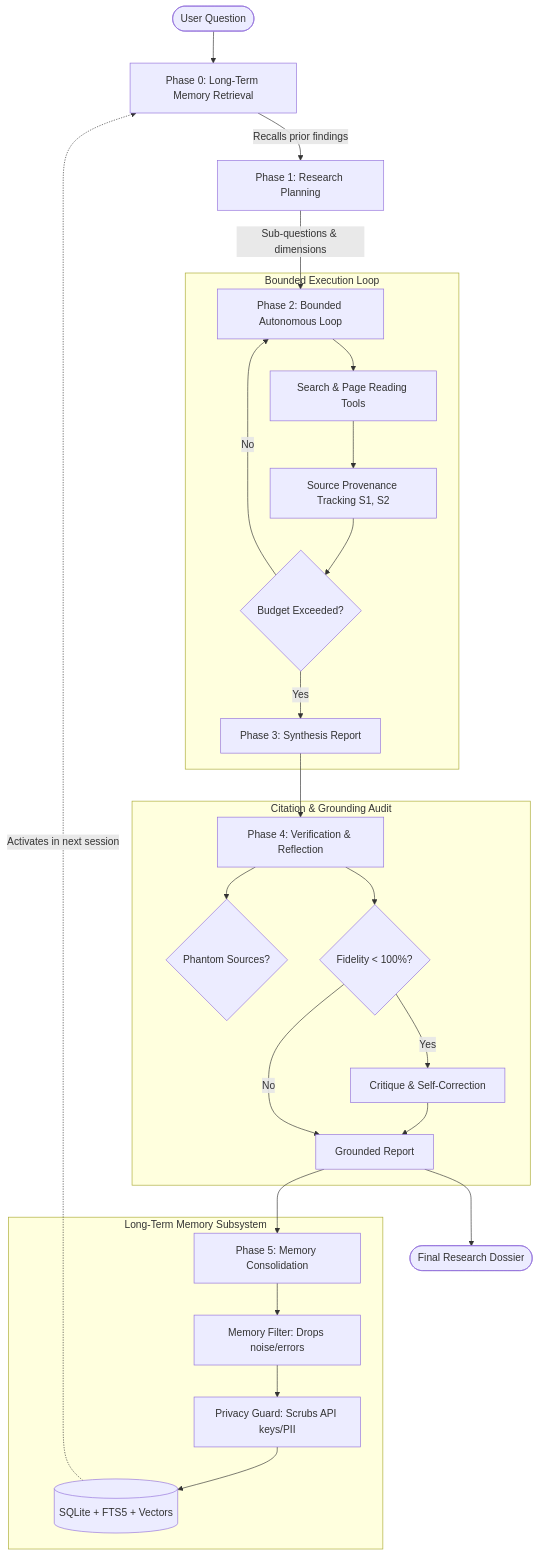
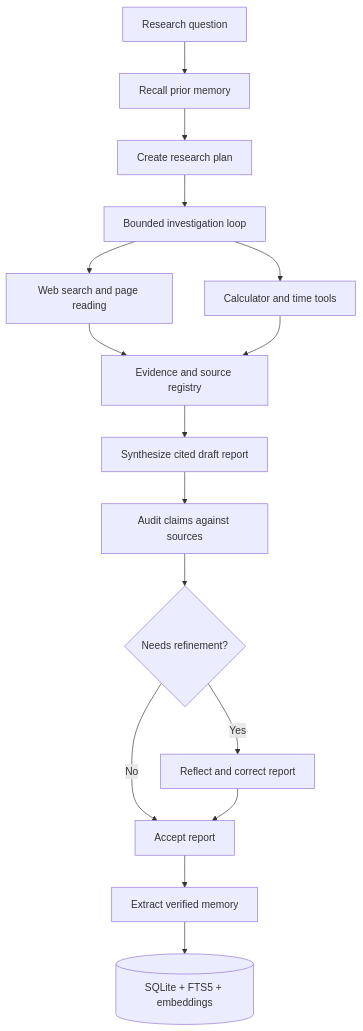
Before and after one commit to Deepak27iiita/Personal-AI-Research-Agent: the diagram in README.md, drawn with Mermaid. The commit also changed other lines of this file, not shown here.

````diff
--- a/README.md
+++ b/README.md
@@ -9,33 +97,18 @@
 ```mermaid
-graph TD
-    User([User Question]) --> P0[Phase 0: Long-Term Memory Retrieval]
-    P0 -->|Recalls prior findings| P1[Phase 1: Research Planning]
-    P1 -->|Sub-questions & dimensions| P2[Phase 2: Bounded Autonomous Loop]
-    
-    subgraph Execution Loop ["Bounded Execution Loop"]
-        P2 --> Tools[Search & Page Reading Tools]
-        Tools --> Provenance[Source Provenance Tracking S1, S2]
-        Provenance --> BudgetCheck{Budget Exceeded?}
-        BudgetCheck -->|No| P2
-        BudgetCheck -->|Yes| P3[Phase 3: Synthesis Report]
-    end
-
-    P3 --> P4[Phase 4: Verification & Reflection]
-    subgraph Reflection ["Citation & Grounding Audit"]
-        P4 --> Phantoms{Phantom Sources?}
-        P4 --> Fidelity{Fidelity < 100%?}
-        Fidelity -->|Yes| Refiner[Critique & Self-Correction]
-        Refiner --> GroundedReport[Grounded Report]
-        Fidelity -->|No| GroundedReport
-    end
-
-    GroundedReport --> P5[Phase 5: Memory Consolidation]
-    subgraph Memory ["Long-Term Memory Subsystem"]
-        P5 --> Filter[Memory Filter: Drops noise/errors]
-        Filter --> Privacy[Privacy Guard: Scrubs API keys/PII]
-        Privacy --> SQLite[(SQLite + FTS5 + Vectors)]
-    end
-    
-    SQLite -.->|Activates in next session| P0
-    GroundedReport --> Final([Final Research Dossier])
+flowchart TD
+    Q[Research question] --> M[Recall prior memory]
+    M --> P[Create research plan]
+    P --> L[Bounded investigation loop]
+    L --> S[Web search and page reading]
+    L --> C[Calculator and time tools]
+    S --> E[Evidence and source registry]
+    C --> E
+    E --> D[Synthesize cited draft report]
+    D --> V[Audit claims against sources]
+    V --> R{Needs refinement?}
+    R -->|Yes| F[Reflect and correct report]
+    R -->|No| O[Accept report]
+    F --> O
+    O --> X[Extract verified memory]
+    X --> DB[(SQLite + FTS5 + embeddings)]
 ```
````
